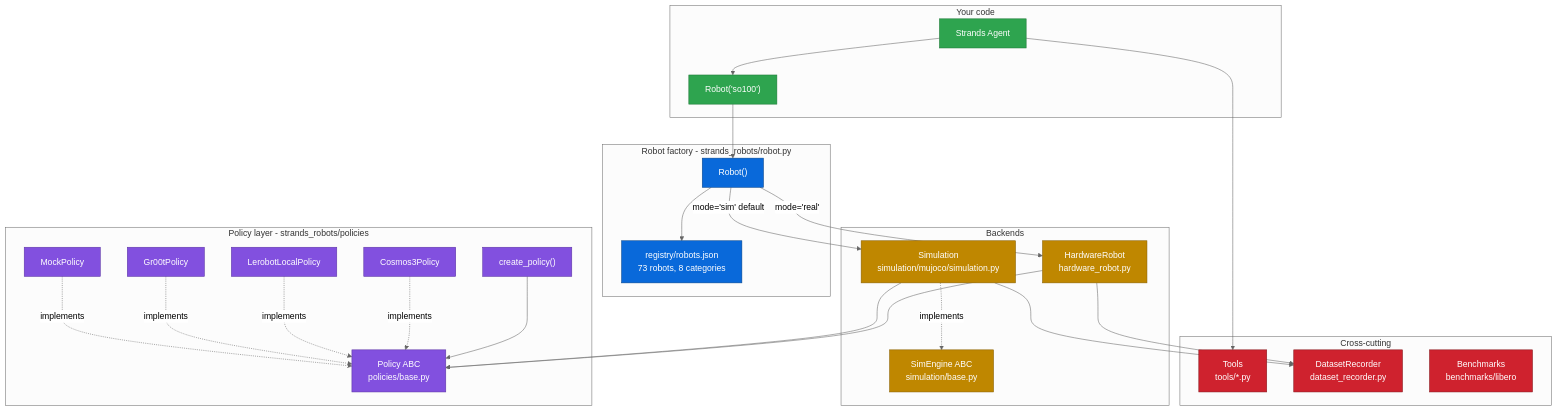
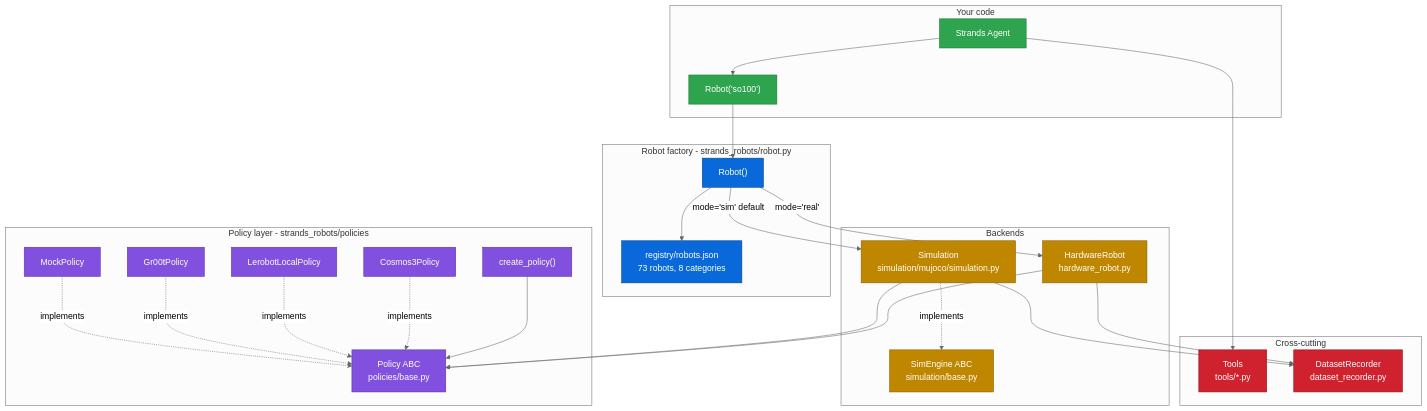
Before and after one commit to Stars1233/robots: the diagram in docs/architecture.md, drawn with Mermaid (neutral theme). The commit also changed other lines of this file and 95 other files, not shown here.

````diff
--- a/docs/architecture.md
+++ b/docs/architecture.md
@@ -11,64 +11,63 @@
 ```mermaid
 graph TB
     subgraph user[Your code]
         AGENT["Strands Agent"]
         FACTORY["Robot('so100')"]
     end
 
     subgraph factory_layer[Robot factory  -  strands_robots/robot.py]
         ROBOT["Robot()"]
         REGISTRY["registry/robots.json<br/>73 robots, 8 categories"]
         ROBOT --> REGISTRY
     end
 
     subgraph backends[Backends]
         SIM["Simulation<br/>simulation/mujoco/simulation.py"]
         HW["HardwareRobot<br/>hardware_robot.py"]
         SIM_ABC["SimEngine ABC<br/>simulation/base.py"]
         SIM -.implements.-> SIM_ABC
     end
 
     subgraph policies[Policy layer  -  strands_robots/policies]
         POLICY_ABC["Policy ABC<br/>policies/base.py"]
         MOCK["MockPolicy"]
         GROOT["Gr00tPolicy"]
         LEROBOT["LerobotLocalPolicy"]
         COSMOS3["Cosmos3Policy"]
         FACTORY_FN["create_policy()"]
         MOCK -.implements.-> POLICY_ABC
         GROOT -.implements.-> POLICY_ABC
         LEROBOT -.implements.-> POLICY_ABC
         COSMOS3 -.implements.-> POLICY_ABC
         FACTORY_FN --> POLICY_ABC
     end
 
     subgraph extras[Cross-cutting]
         TOOLS["Tools<br/>tools/*.py"]
         RECORDER["DatasetRecorder<br/>dataset_recorder.py"]
-        BENCH["Benchmarks<br/>benchmarks/libero"]
     end
 
     AGENT --> FACTORY
     FACTORY --> ROBOT
     ROBOT -->|mode='sim' default| SIM
     ROBOT -->|mode='real'| HW
 
     SIM --> POLICY_ABC
     HW --> POLICY_ABC
     SIM --> RECORDER
     HW --> RECORDER
 
     AGENT --> TOOLS
 
     classDef user fill:#2ea44f,stroke:#1b7735,color:#fff
     classDef factory fill:#0969da,stroke:#044289,color:#fff
     classDef backend fill:#bf8700,stroke:#875e00,color:#fff
     classDef policy fill:#8250df,stroke:#5a32a3,color:#fff
     classDef cross fill:#cf222e,stroke:#86181d,color:#fff
 
     class AGENT,FACTORY user
     class ROBOT,REGISTRY factory
     class SIM,HW,SIM_ABC backend
     class POLICY_ABC,MOCK,GROOT,LEROBOT,COSMOS3,FACTORY_FN policy
-    class TOOLS,RECORDER,BENCH cross
+    class TOOLS,RECORDER cross
 ```
````
